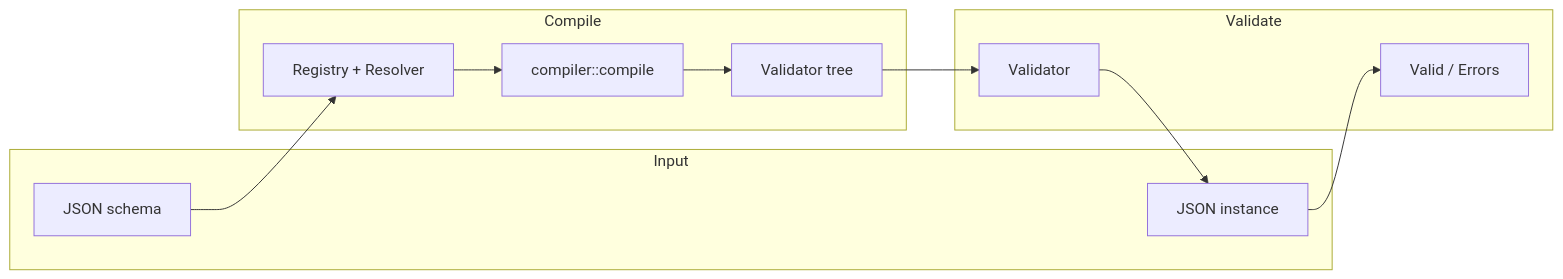
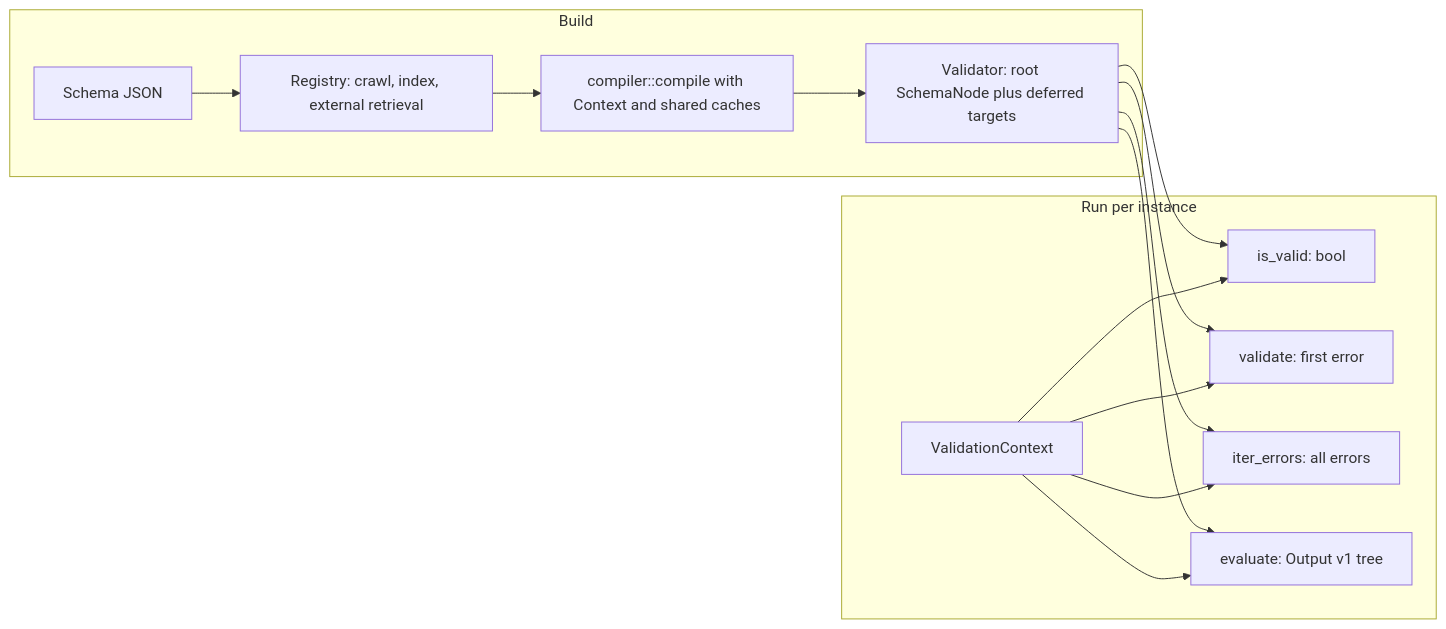
The first of 2 diagrams in research/reports/rust/Stranger6667-jsonschema.md (goddtriffin/json-schema-rs), drawn with Mermaid before and after one commit. The commit also changed other lines of this file and 51 other files, not shown here.

````diff
--- a/research/reports/rust/Stranger6667-jsonschema.md
+++ b/research/reports/rust/Stranger6667-jsonschema.md
@@ -143,22 +180,27 @@
 ```mermaid
 flowchart LR
-  subgraph input [Input]
-    Schema[JSON schema]
-    Instance[JSON instance]
+  subgraph build [Build]
+    Schema[Schema JSON]
+    Registry["Registry: crawl, index, external retrieval"]
+    Compiler["compiler::compile with Context and shared caches"]
+    Tree["Validator: root SchemaNode plus deferred targets"]
   end
-  subgraph compile [Compile]
-    Registry[Registry + Resolver]
-    Compiler[compiler::compile]
-    Tree[Validator tree]
-  end
-  subgraph run [Validate]
-    Validator[Validator]
-    Result["Valid / Errors"]
+  subgraph run [Run per instance]
+    Ctx[ValidationContext]
+    IsValid["is_valid: bool"]
+    Validate["validate: first error"]
+    Collect["iter_errors: all errors"]
+    Evaluate["evaluate: Output v1 tree"]
   end
   Schema --> Registry
   Registry --> Compiler
   Compiler --> Tree
-  Tree --> Validator
-  Validator --> Instance
-  Instance --> Result
+  Tree --> IsValid
+  Tree --> Validate
+  Tree --> Collect
+  Tree --> Evaluate
+  Ctx --> IsValid
+  Ctx --> Validate
+  Ctx --> Collect
+  Ctx --> Evaluate
 ```
````
